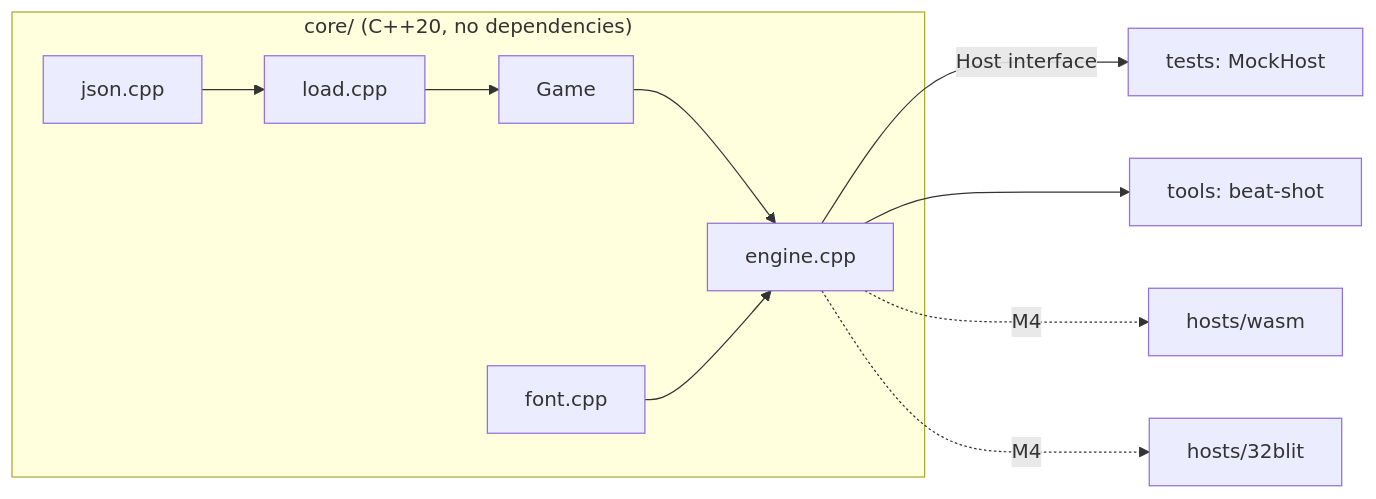
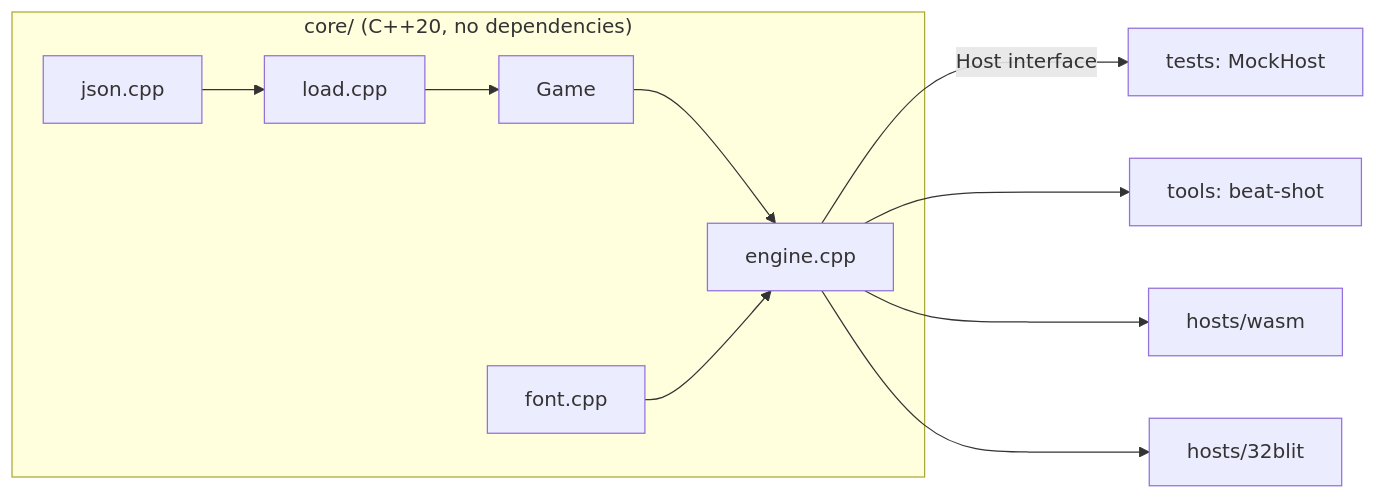
Before and after one commit to chili-chip/chili-beat: the diagram in docs/develop.md, drawn with Mermaid. The commit also changed other lines of this file and 18 other files, not shown here.

First line of the commit message:
Add the web (wasm) and console (handler .blit) players

````diff
--- a/docs/develop.md
+++ b/docs/develop.md
@@ -16,13 +18,13 @@
 ```mermaid
 flowchart LR
   subgraph core["core/ (C++20, no dependencies)"]
     J[json.cpp] --> L[load.cpp]
     L --> G[Game]
     G --> E[engine.cpp]
     F[font.cpp] --> E
   end
   E -- Host interface --> T[tests: MockHost]
   E --> S[tools: beat-shot]
-  E -. M4 .-> W[hosts/wasm]
-  E -. M4 .-> B[hosts/32blit]
+  E --> W[hosts/wasm]
+  E --> B[hosts/32blit]
 ```
````
